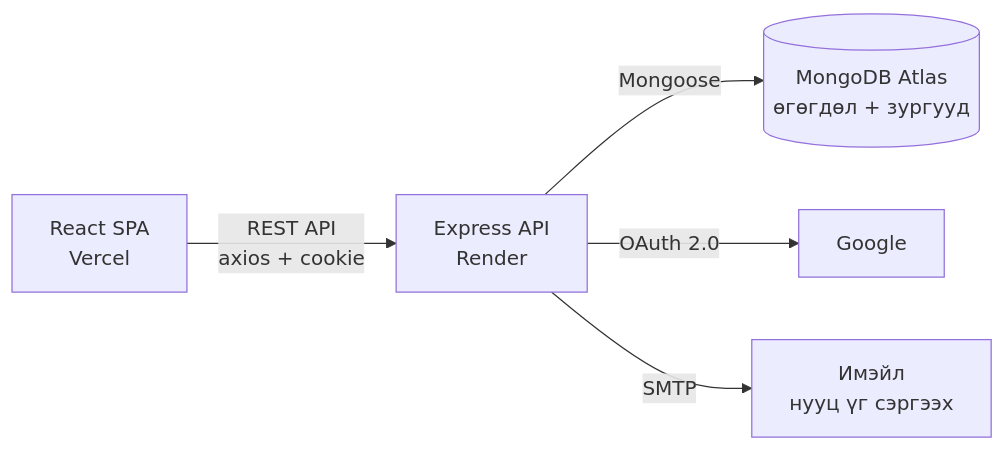
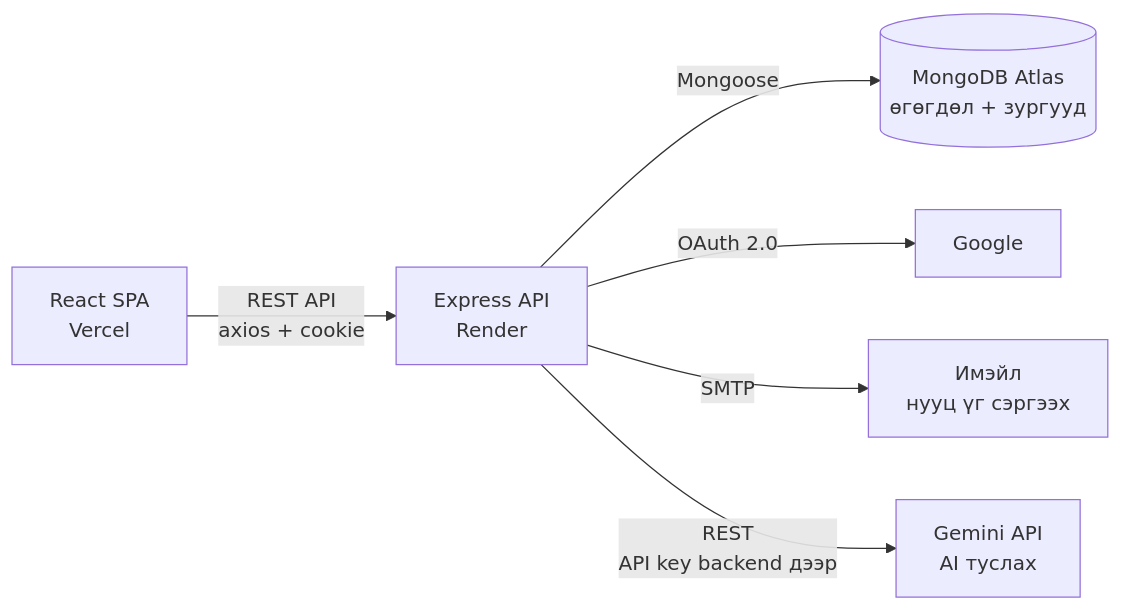
The first of 2 diagrams in README.md (amirdaGankhuyag/legal-guide), drawn with Mermaid before and after one commit. The commit also changed other lines of this file and 1 other file, not shown here.

````diff
--- a/README.md
+++ b/README.md
@@ -37,7 +40,8 @@
 ```mermaid
 graph LR
     A[React SPA<br/>Vercel] -- REST API<br/>axios + cookie --> B[Express API<br/>Render]
     B -- Mongoose --> C[(MongoDB Atlas<br/>өгөгдөл + зургууд)]
     B -- OAuth 2.0 --> D[Google]
     B -- SMTP --> E[Имэйл<br/>нууц үг сэргээх]
+    B -- REST<br/>API key backend дээр --> F[Gemini API<br/>AI туслах]
 ```
````
